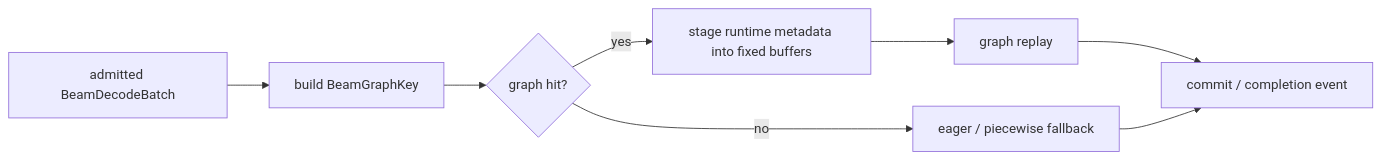
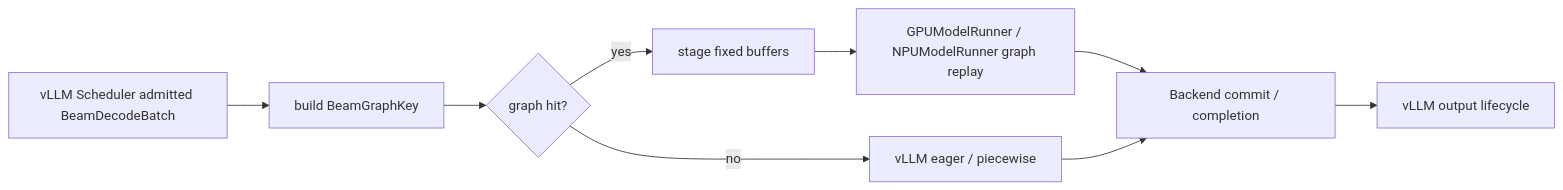
One commit to zhanghanleo10/gr-related changed diagram 13 of 13 in GR/beam_incremental_decode_unified_architecture_design.md. Above: the diagram before and after it, drawn with Mermaid. The commit also changed other lines of this file, not shown here.

Commit message:
docs: make Beam incremental decode architecture vLLM-first

````diff
--- a/GR/beam_incremental_decode_unified_architecture_design.md
+++ b/GR/beam_incremental_decode_unified_architecture_design.md
@@ -1357,10 +852,11 @@
 ```mermaid
 flowchart LR
-    AD["admitted BeamDecodeBatch"] --> GK["build BeamGraphKey"]
+    AD["vLLM Scheduler admitted BeamDecodeBatch"] --> GK["build BeamGraphKey"]
     GK --> GD{"graph hit?"}
-    GD -->|yes| STG["stage runtime metadata into fixed buffers"]
-    GD -->|no| EG["eager / piecewise fallback"]
-    STG --> RP["graph replay"]
-    RP --> CM["commit / completion event"]
+    GD -->|yes| STG["stage fixed buffers"]
+    GD -->|no| EG["vLLM eager / piecewise"]
+    STG --> RP["GPUModelRunner / NPUModelRunner graph replay"]
+    RP --> CM["Backend commit / completion"]
     EG --> CM
+    CM --> OUT["vLLM output lifecycle"]
 ```
````
